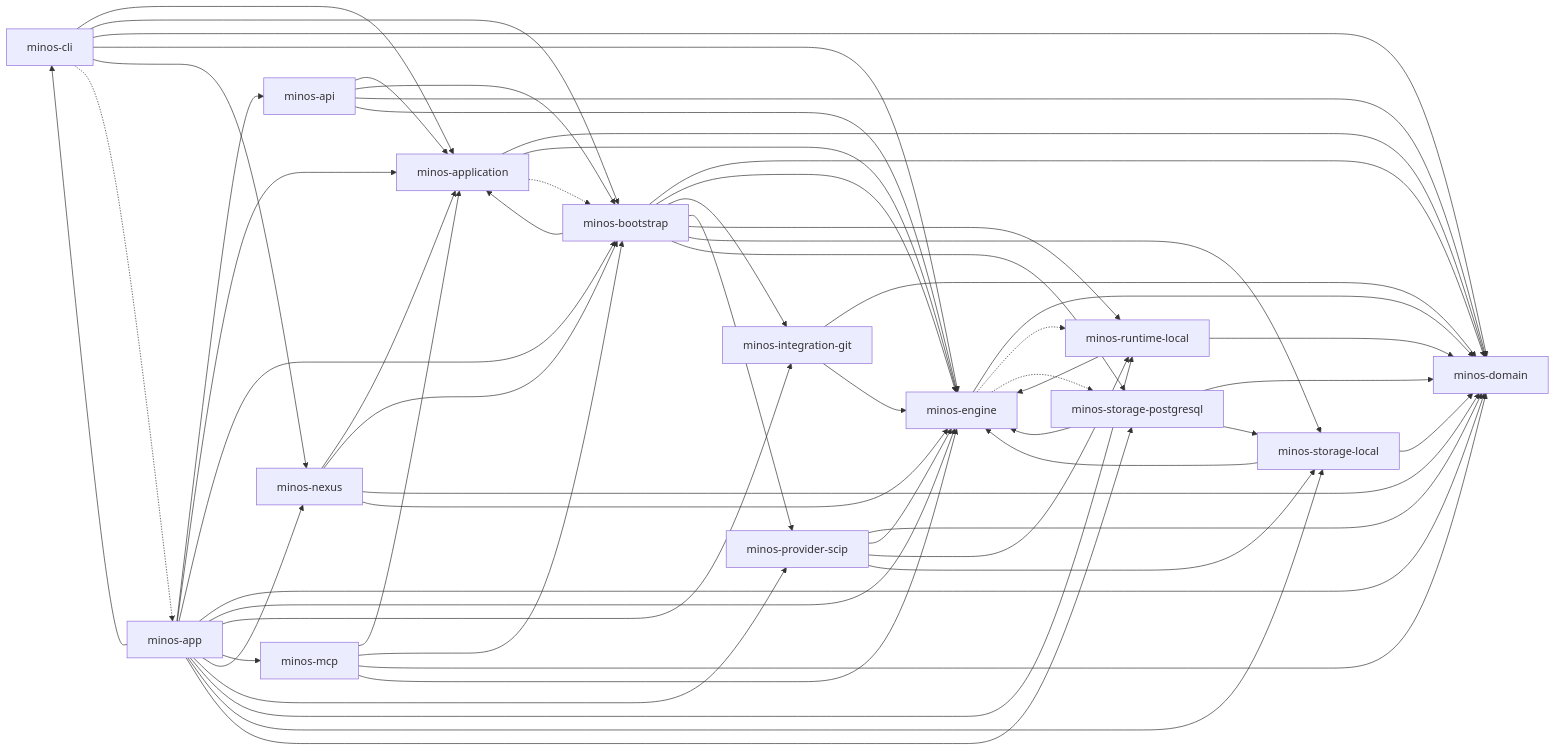
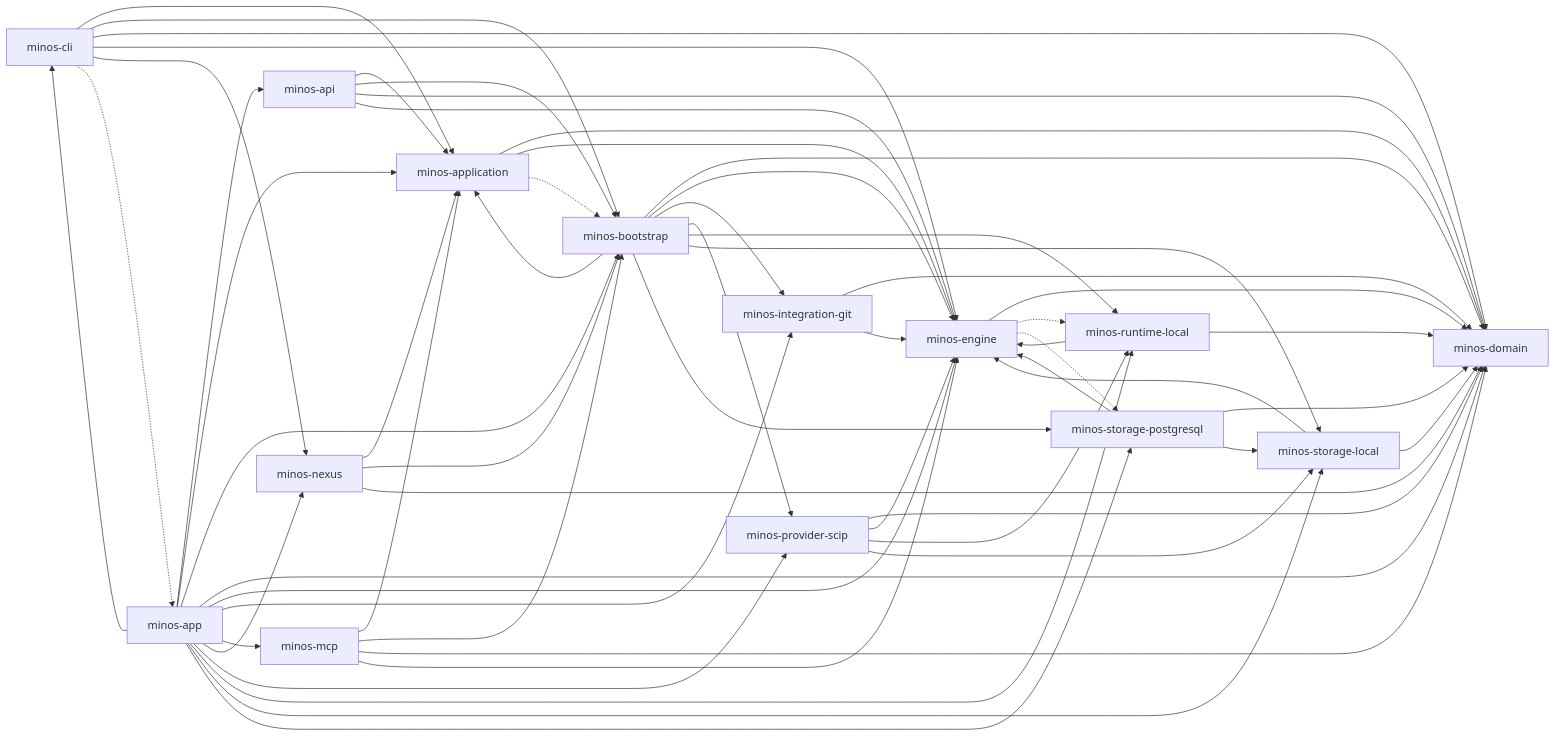
The diagram in docs/architecture/diagrams/module-dependencies.md (FTurleque/minos-code-intelligence), drawn with Mermaid before and after one commit. The commit also changed other lines of this file and 12 other files, not shown here.

````diff
--- a/docs/architecture/diagrams/module-dependencies.md
+++ b/docs/architecture/diagrams/module-dependencies.md
@@ -8,75 +8,74 @@
 ```mermaid
 flowchart LR
     minos_domain["minos-domain"]
     minos_engine["minos-engine"]
     minos_runtime_local["minos-runtime-local"]
     minos_storage_local["minos-storage-local"]
     minos_storage_postgresql["minos-storage-postgresql"]
     minos_provider_scip["minos-provider-scip"]
     minos_integration_git["minos-integration-git"]
     minos_application["minos-application"]
     minos_bootstrap["minos-bootstrap"]
     minos_nexus["minos-nexus"]
     minos_cli["minos-cli"]
     minos_api["minos-api"]
     minos_mcp["minos-mcp"]
     minos_app["minos-app"]
     minos_engine --> minos_domain
     minos_runtime_local --> minos_domain
     minos_runtime_local --> minos_engine
     minos_storage_local --> minos_domain
     minos_storage_local --> minos_engine
     minos_storage_postgresql --> minos_domain
     minos_storage_postgresql --> minos_engine
     minos_storage_postgresql --> minos_storage_local
     minos_provider_scip --> minos_domain
     minos_provider_scip --> minos_engine
     minos_provider_scip --> minos_runtime_local
     minos_provider_scip --> minos_storage_local
     minos_integration_git --> minos_domain
     minos_integration_git --> minos_engine
     minos_application --> minos_domain
     minos_application --> minos_engine
     minos_bootstrap --> minos_application
     minos_bootstrap --> minos_domain
     minos_bootstrap --> minos_engine
     minos_bootstrap --> minos_integration_git
     minos_bootstrap --> minos_provider_scip
     minos_bootstrap --> minos_runtime_local
     minos_bootstrap --> minos_storage_local
     minos_bootstrap --> minos_storage_postgresql
     minos_nexus --> minos_application
     minos_nexus --> minos_bootstrap
     minos_nexus --> minos_domain
-    minos_nexus --> minos_engine
     minos_cli --> minos_application
     minos_cli --> minos_bootstrap
     minos_cli --> minos_domain
     minos_cli --> minos_engine
     minos_cli --> minos_nexus
     minos_api --> minos_application
     minos_api --> minos_bootstrap
     minos_api --> minos_domain
     minos_api --> minos_engine
     minos_mcp --> minos_application
     minos_mcp --> minos_bootstrap
     minos_mcp --> minos_domain
     minos_mcp --> minos_engine
     minos_app --> minos_api
     minos_app --> minos_application
     minos_app --> minos_bootstrap
     minos_app --> minos_cli
     minos_app --> minos_domain
     minos_app --> minos_engine
     minos_app --> minos_integration_git
     minos_app --> minos_mcp
     minos_app --> minos_nexus
     minos_app --> minos_provider_scip
     minos_app --> minos_runtime_local
     minos_app --> minos_storage_local
     minos_app --> minos_storage_postgresql
     minos_application -.-> minos_bootstrap
     minos_cli -.-> minos_app
     minos_engine -.-> minos_runtime_local
     minos_engine -.-> minos_storage_postgresql
 ```
````
